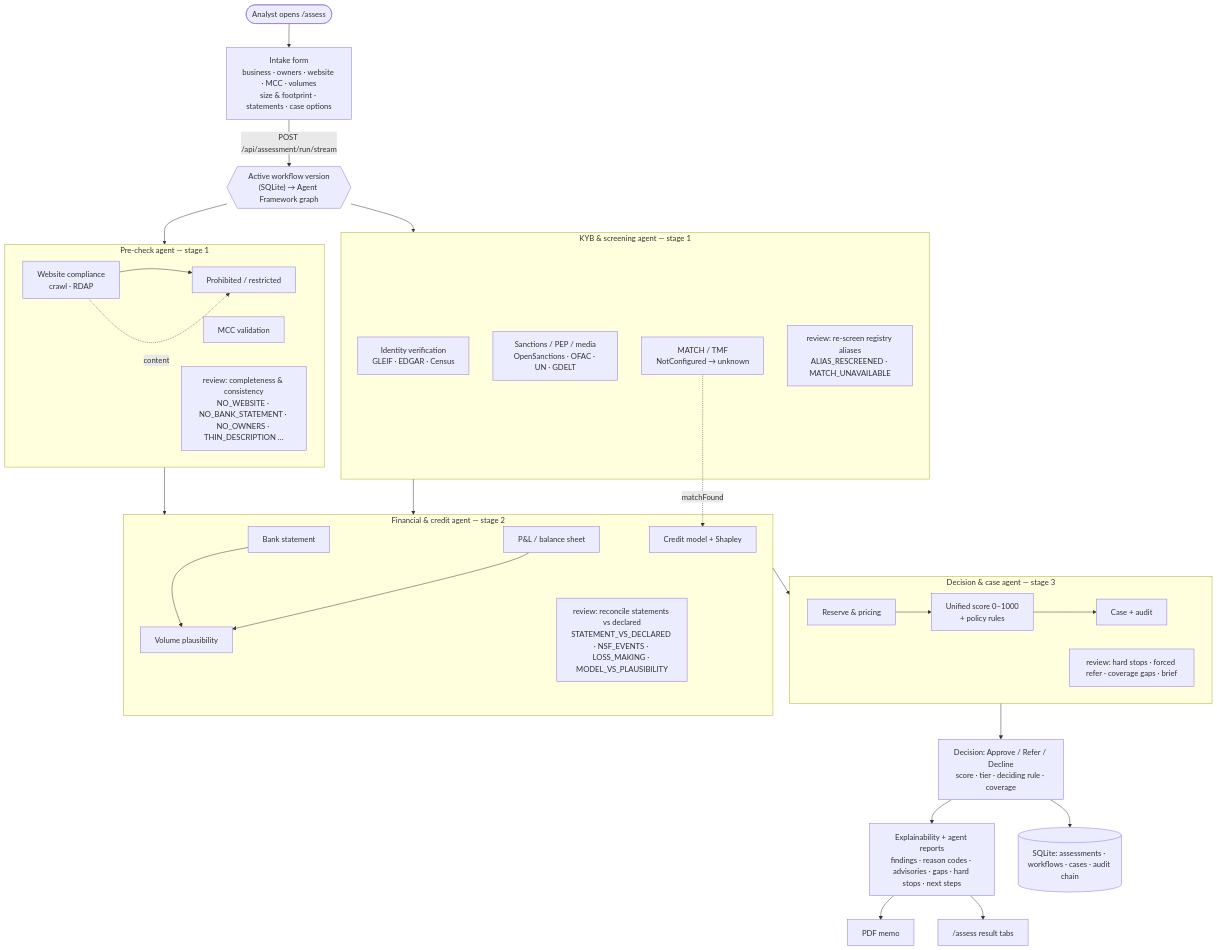
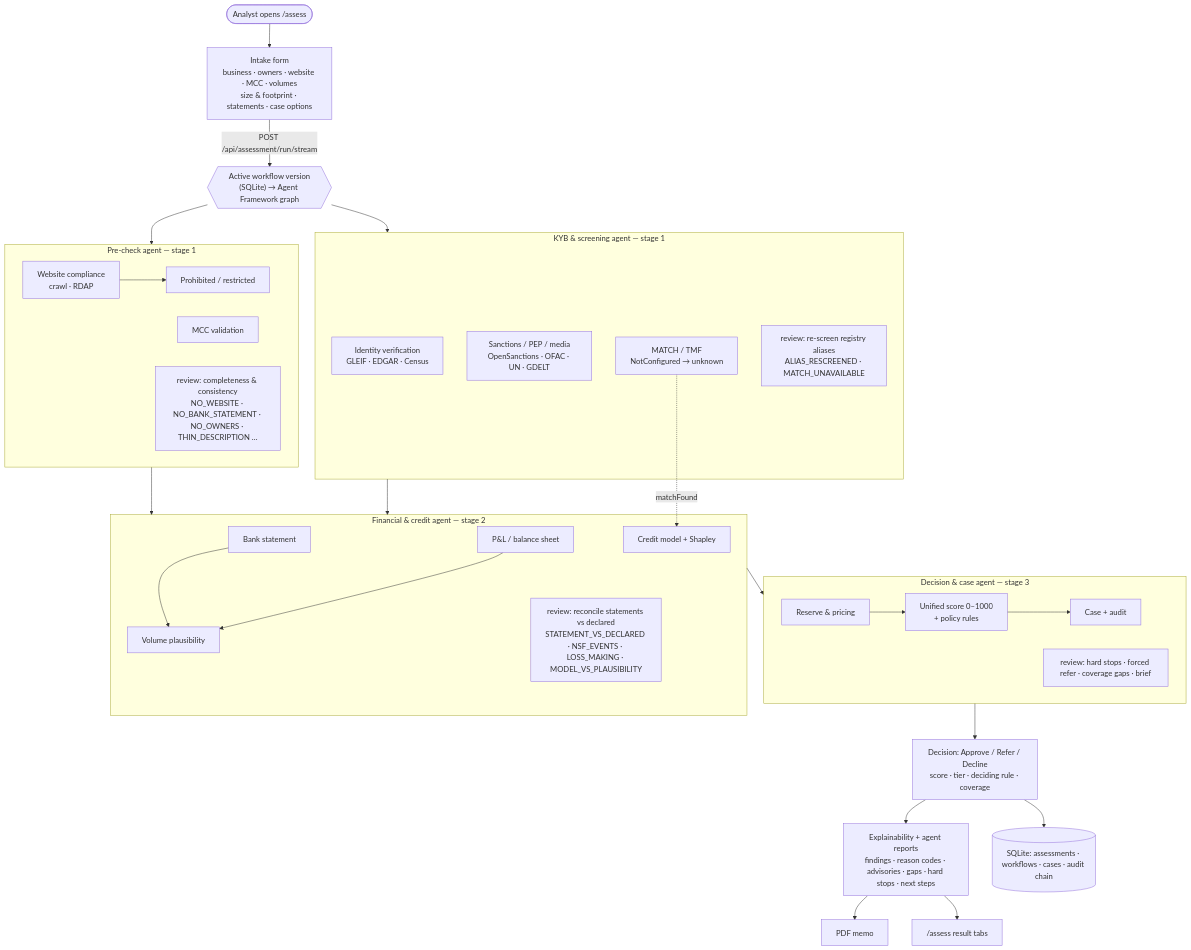
Before and after one commit to NitinRawat26/MerchantIntelligence: the diagram in README.md, drawn with Mermaid.

Commit message:
README: tidy flow diagram

````diff
--- a/README.md
+++ b/README.md
@@ -13,38 +13,37 @@
 ```mermaid
 flowchart TD
     A(["Analyst opens /assess"]) --> B["Intake form<br/>business · owners · website · MCC · volumes<br/>size &amp; footprint · statements · case options"]
     B -->|POST /api/assessment/run/stream| W{{"Active workflow version<br/>(SQLite) → Agent Framework graph"}}
 
     subgraph PC [Pre-check agent — stage 1]
         S3["Website compliance<br/>crawl · RDAP"] --> S4["Prohibited / restricted"]
         S5[MCC validation]
         PCR["review: completeness &amp; consistency<br/>NO_WEBSITE · NO_BANK_STATEMENT · NO_OWNERS · THIN_DESCRIPTION …"]
     end
     subgraph KYB [KYB &amp; screening agent — stage 1]
         S1["Identity verification<br/>GLEIF · EDGAR · Census"]
         S2["Sanctions / PEP / media<br/>OpenSanctions · OFAC · UN · GDELT"]
         S6["MATCH / TMF<br/>NotConfigured → unknown"]
         KR["review: re-screen registry aliases<br/>ALIAS_RESCREENED · MATCH_UNAVAILABLE"]
     end
     subgraph FIN [Financial &amp; credit agent — stage 2]
         S7[Bank statement]
         S8["P&amp;L / balance sheet"]
         S7 & S8 --> S9[Volume plausibility]
         S10["Credit model + Shapley"]
         FR["review: reconcile statements vs declared<br/>STATEMENT_VS_DECLARED · NSF_EVENTS · LOSS_MAKING · MODEL_VS_PLAUSIBILITY"]
     end
     subgraph DEC [Decision &amp; case agent — stage 3]
         S11["Reserve &amp; pricing"] --> S12["Unified score 0–1000<br/>+ policy rules"] --> S13[Case + audit]
         DR["review: hard stops · forced refer · coverage gaps · brief"]
     end
 
     W --> PC & KYB --> FIN --> DEC
     S6 -. matchFound .-> S10
-    S3 -. content .-> S4
 
     DEC --> D["Decision: Approve / Refer / Decline<br/>score · tier · deciding rule · coverage"]
     D --> E["Explainability + agent reports<br/>findings · reason codes · advisories · gaps · hard stops · next steps"]
     D --> F[("SQLite: assessments · workflows · cases · audit chain")]
     E --> G[PDF memo]
     E --> H["/assess result tabs"]
 ```
````
